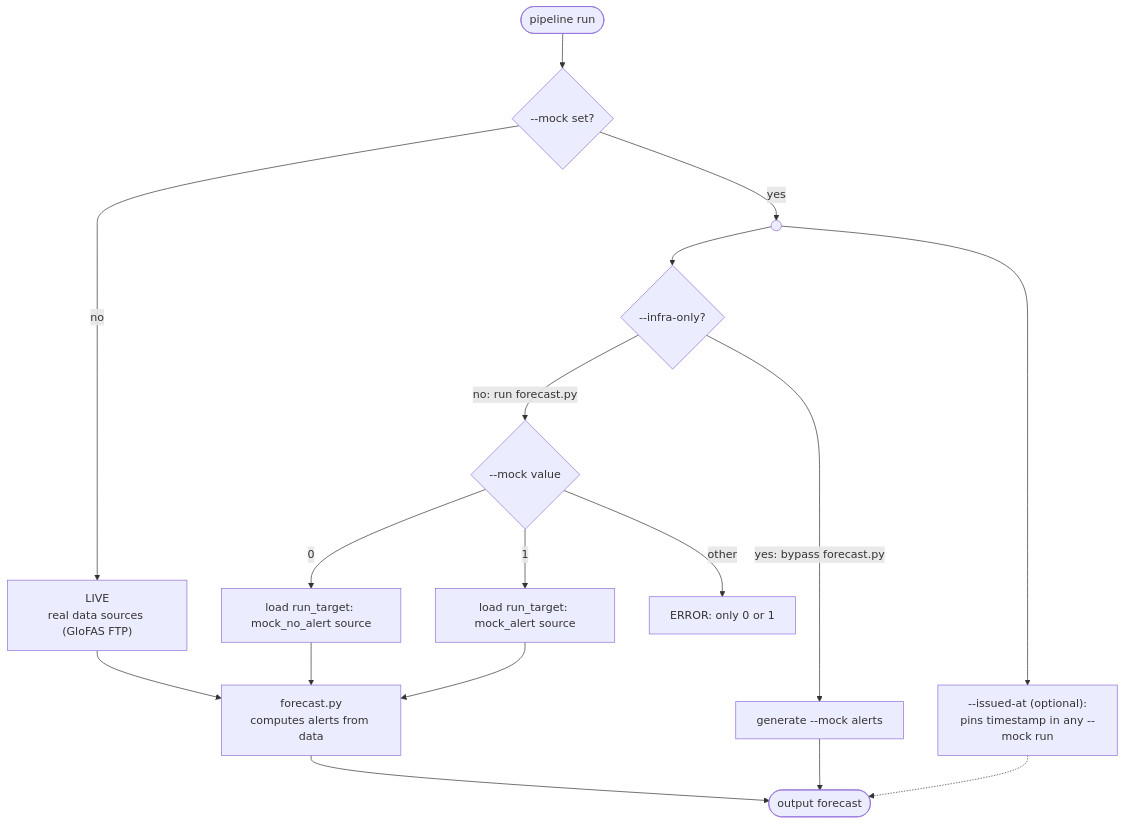
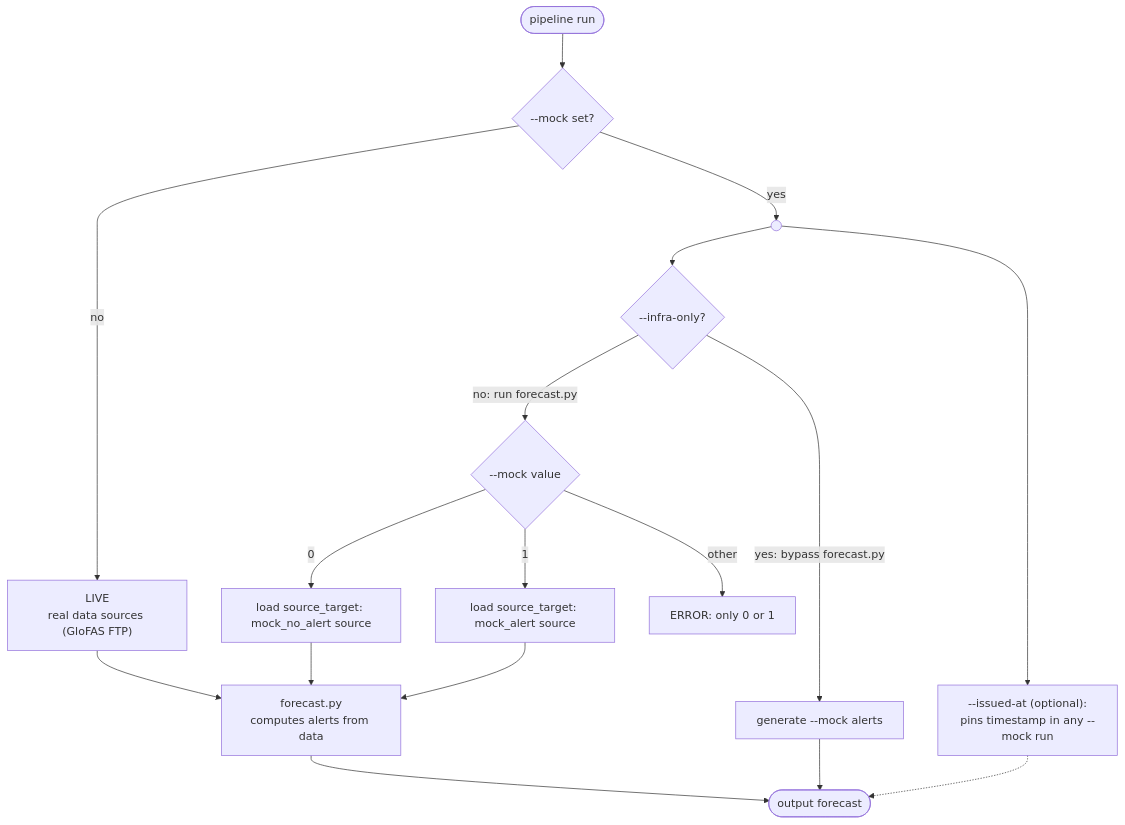
One commit to rodekruis/IBF changed the diagram in data/pipelines/README.md. Above: the diagram before and after it, drawn with Mermaid. The commit also changed other lines of this file and 6 other files, not shown here.

First line of the commit message:
Rename run_target to source_target (#233)

````diff
--- a/data/pipelines/README.md
+++ b/data/pipelines/README.md
@@ -44,24 +44,24 @@
 ```mermaid
 flowchart TD
     Start([pipeline run]) --> Mock{--mock set?}
 
     Mock -->|no| Live["LIVE<br/>real data sources (GloFAS FTP)"]
     Live --> Forecast
 
     Mock -->|yes| J(( ))
     J --> Infra{--infra-only?} & IssuedAt
 
     Infra -->|no: run forecast.py| Seed{--mock value}
-    Seed -->|0| SeedNo["load run_target: mock_no_alert source"]
-    Seed -->|1| SeedYes["load run_target: mock_alert source"]
+    Seed -->|0| SeedNo["load source_target: mock_no_alert source"]
+    Seed -->|1| SeedYes["load source_target: mock_alert source"]
     Seed -->|other| Err["ERROR: only 0 or 1"]
     SeedNo --> Forecast["forecast.py<br/>computes alerts from data"]
     SeedYes --> Forecast
 
     Infra -->|yes: bypass forecast.py| Gen["generate --mock alerts"]
 
     Forecast --> Out(["output forecast"])
     Gen --> Out
 
     IssuedAt["--issued-at (optional):<br/>pins timestamp in any --mock run"] -.-> Out
 ```
````
